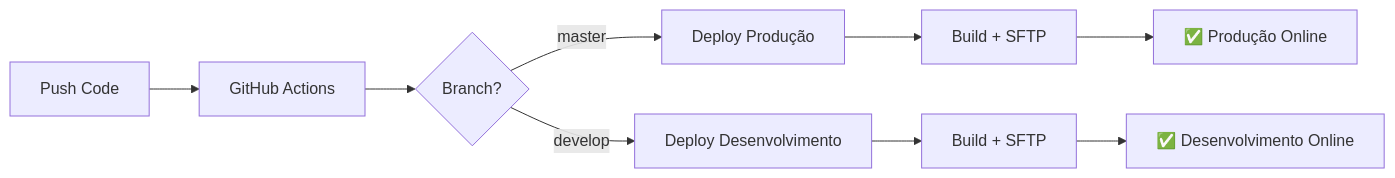
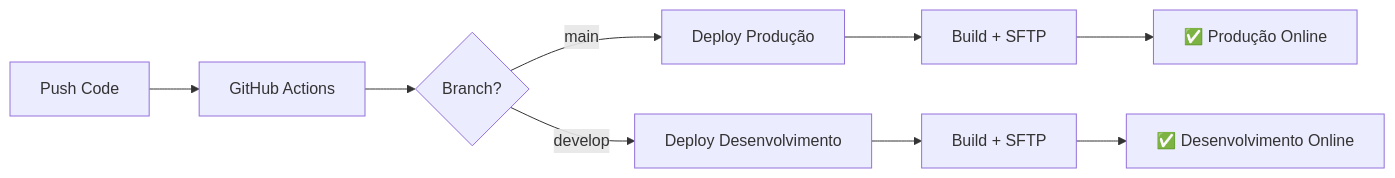
The first of 2 diagrams in README.md (pedroojr/xml-4), drawn with Mermaid before and after one commit. The commit also changed other lines of this file and 6 other files, not shown here.

````diff
--- a/README.md
+++ b/README.md
@@ -92,11 +92,11 @@
 ```mermaid
 graph LR
     A[Push Code] --> B[GitHub Actions]
     B --> C{Branch?}
-    C -->|master| D[Deploy Produção]
+    C -->|main| D[Deploy Produção]
     C -->|develop| E[Deploy Desenvolvimento]
     D --> F[Build + SFTP]
     E --> G[Build + SFTP]
     F --> H[✅ Produção Online]
     G --> I[✅ Desenvolvimento Online]
 ```
````
